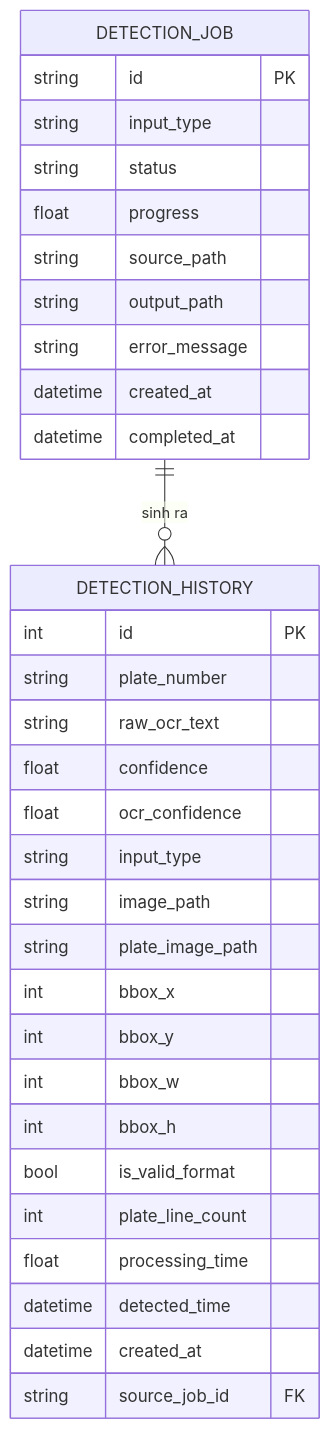
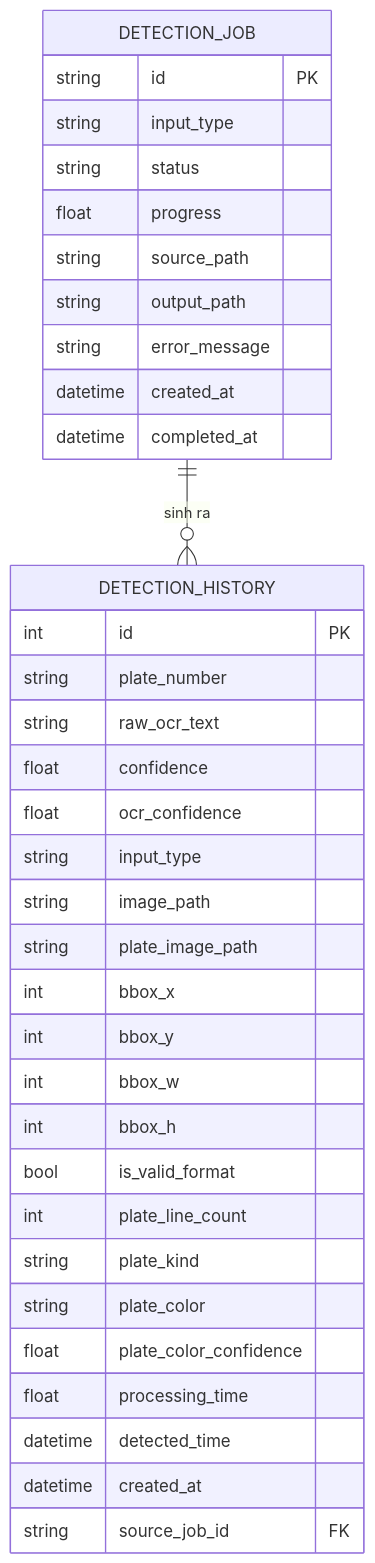
One commit to hieunguyen2604/alpr-do-an-mon-hoc changed the fifth of 5 diagrams in docs/architecture/system-architecture.md. Above: the diagram before and after it, drawn with Mermaid. The commit also changed other lines of this file and 67 other files, not shown here.

````diff
--- a/docs/architecture/system-architecture.md
+++ b/docs/architecture/system-architecture.md
@@ -198,37 +222,40 @@
 ```mermaid
 erDiagram
     DETECTION_HISTORY {
         int id PK
         string plate_number
         string raw_ocr_text
         float confidence
         float ocr_confidence
         string input_type
         string image_path
         string plate_image_path
         int bbox_x
         int bbox_y
         int bbox_w
         int bbox_h
         bool is_valid_format
         int plate_line_count
+        string plate_kind
+        string plate_color
+        float plate_color_confidence
         float processing_time
         datetime detected_time
         datetime created_at
         string source_job_id FK
     }
 
     DETECTION_JOB {
         string id PK
         string input_type
         string status
         float progress
         string source_path
         string output_path
         string error_message
         datetime created_at
         datetime completed_at
     }
 
     DETECTION_JOB ||--o{ DETECTION_HISTORY : "sinh ra"
 ```
````
